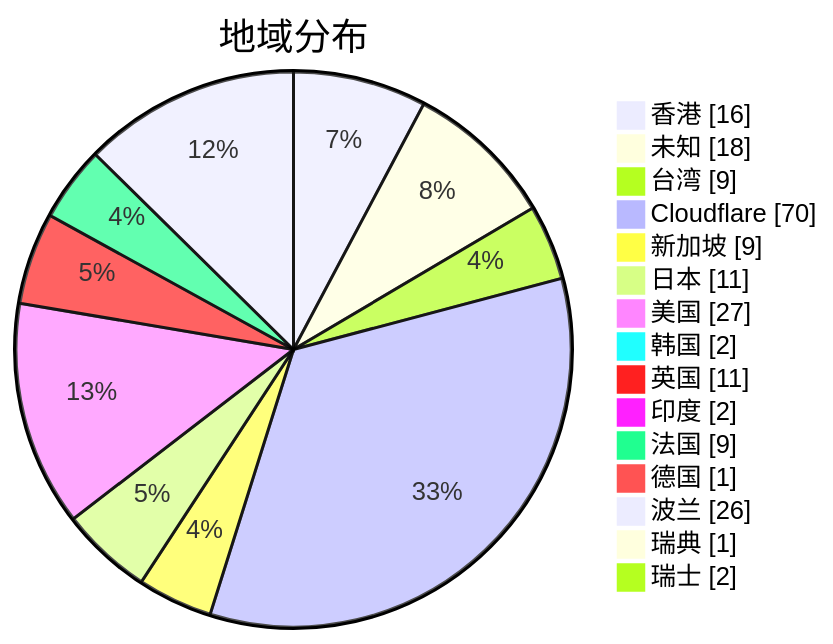
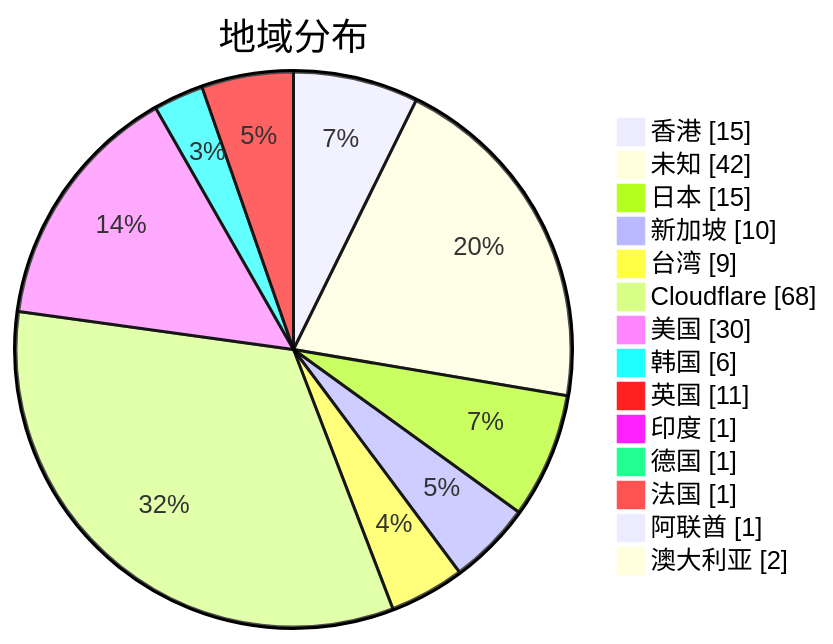
The second of 3 diagrams in subs/statistics/tested_within.md (qjlxg/airport), drawn with Mermaid before and after one commit. The commit also changed other lines of this file and 2 other files, not shown here.

Commit message:
Tested by metaST

````diff
--- a/subs/statistics/tested_within.md
+++ b/subs/statistics/tested_within.md
@@ -12,19 +13,18 @@
 ```mermaid
 pie showData
 title 地域分布
-"香港" : 16
-"未知" : 18
+"香港" : 15
+"未知" : 42
+"日本" : 15
+"新加坡" : 10
 "台湾" : 9
-"Cloudflare" : 70
-"新加坡" : 9
-"日本" : 11
-"美国" : 27
-"韩国" : 2
+"Cloudflare" : 68
+"美国" : 30
+"韩国" : 6
 "英国" : 11
-"印度" : 2
-"法国" : 9
+"印度" : 1
 "德国" : 1
-"波兰" : 26
-"瑞典" : 1
-"瑞士" : 2
+"法国" : 1
+"阿联酋" : 1
+"澳大利亚" : 2
 ```
````
